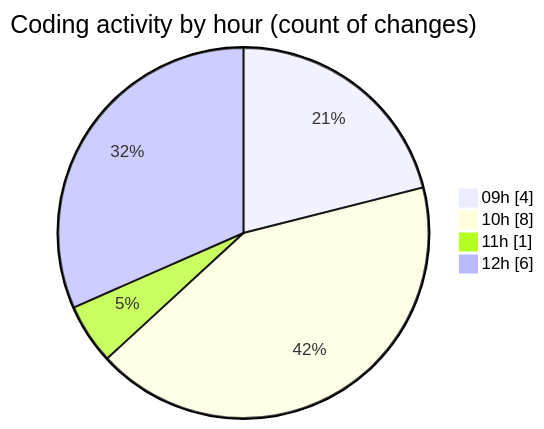
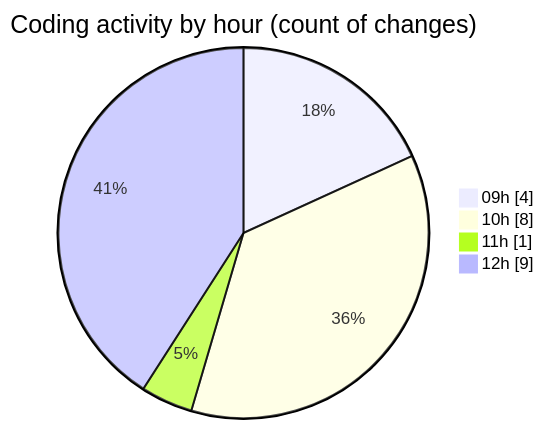
The second of 2 diagrams in 2026-02-18/nxtqube_webapp/README.md (nxtqubesakshisongat/code-tracking), drawn with Mermaid before and after one commit. The commit also changed other lines of this file and 1 other file, not shown here.

````diff
--- a/2026-02-18/nxtqube_webapp/README.md
+++ b/2026-02-18/nxtqube_webapp/README.md
@@ -34,8 +34,8 @@
 ```mermaid
 pie showData
 title Coding activity by hour (count of changes)
 "09h" : 4
 "10h" : 8
 "11h" : 1
-"12h" : 6
+"12h" : 9
 ```
````
